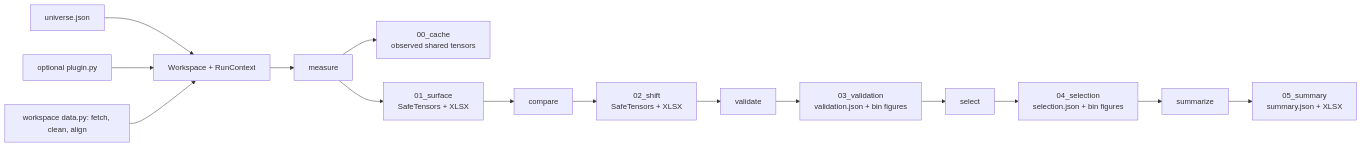
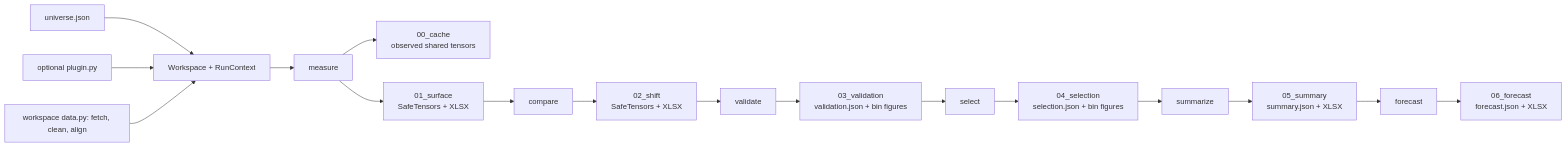
Before and after one commit to doubletrends/alpha-verify: the diagram in src/README.md, drawn with Mermaid. The commit also changed other lines of this file and 17 other files, not shown here.

````diff
--- a/src/README.md
+++ b/src/README.md
@@ -72,17 +74,19 @@
 ```mermaid
 flowchart LR
     U[universe.json] --> C[Workspace + RunContext]
     P[optional plugin.py] --> C
     D[workspace data.py: fetch, clean, align] --> C
     C --> M[measure]
     M --> C0[00_cache<br/>observed shared tensors]
     M --> A1[01_surface<br/>SafeTensors + XLSX]
     A1 --> X[compare]
     X --> A2[02_shift<br/>SafeTensors + XLSX]
     A2 --> V[validate]
     V --> A3[03_validation<br/>validation.json + bin figures]
     A3 --> S[select]
     S --> A4[04_selection<br/>selection.json + bin figures]
     A4 --> Y[summarize]
     Y --> A5[05_summary<br/>summary.json + XLSX]
+    A5 --> F[forecast]
+    F --> A6[06_forecast<br/>forecast.json + XLSX]
 ```
````
